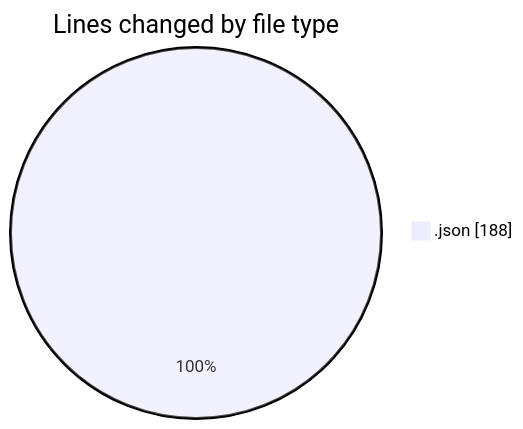
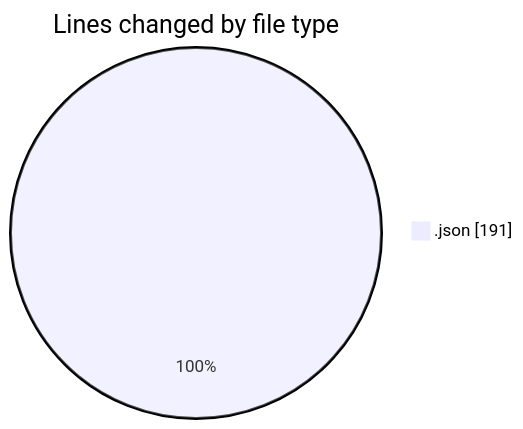
One commit to MatusMokan/code-tracking changed the first of 2 diagrams in 2026-10-19/untitled__workspace_/README.md. Above: the diagram before and after it, drawn with Mermaid. The commit also changed other lines of this file and 1 other file, not shown here.

````diff
--- a/2026-10-19/untitled__workspace_/README.md
+++ b/2026-10-19/untitled__workspace_/README.md
@@ -20,5 +20,5 @@
 ```mermaid
 pie showData
 title Lines changed by file type
-".json" : 188
+".json" : 191
 ```
````
